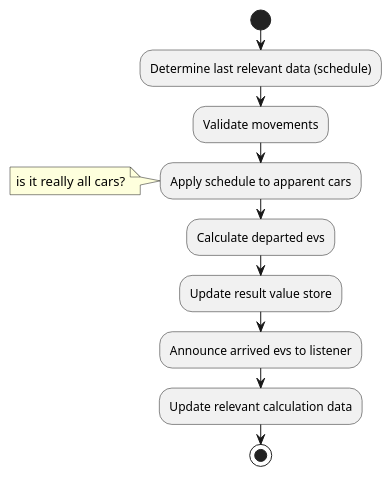
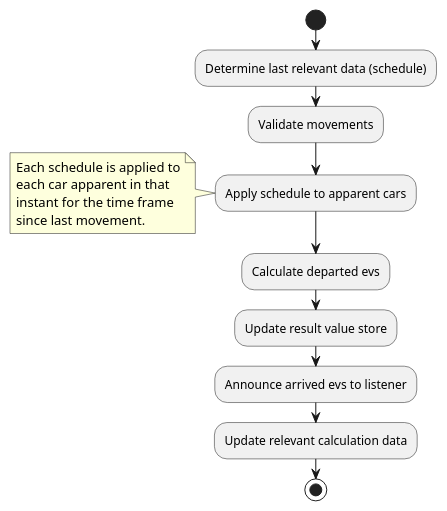
One commit to ie3-institute/simona changed the diagram in docs/uml/main/participants/evcs/HandleMovements.puml. Above: the diagram before and after it, drawn with PlantUML. The commit also changed 6 other files, not shown here.

```diff
--- a/docs/uml/main/participants/evcs/HandleMovements.puml
+++ b/docs/uml/main/participants/evcs/HandleMovements.puml
@@ -1,15 +1,15 @@
 @startuml
 
 start
 :Determine last relevant data (schedule);
 :Validate movements;
 :Apply schedule to apparent cars;
-note left: is it really all cars?
+note left: Each schedule is applied to\neach car apparent in that\ninstant for the time frame\nsince last movement.
 :Calculate departed evs;
 :Update result value store;
 :Announce arrived evs to listener;
 :Update relevant calculation data;
 
 stop
 
 @enduml
```
